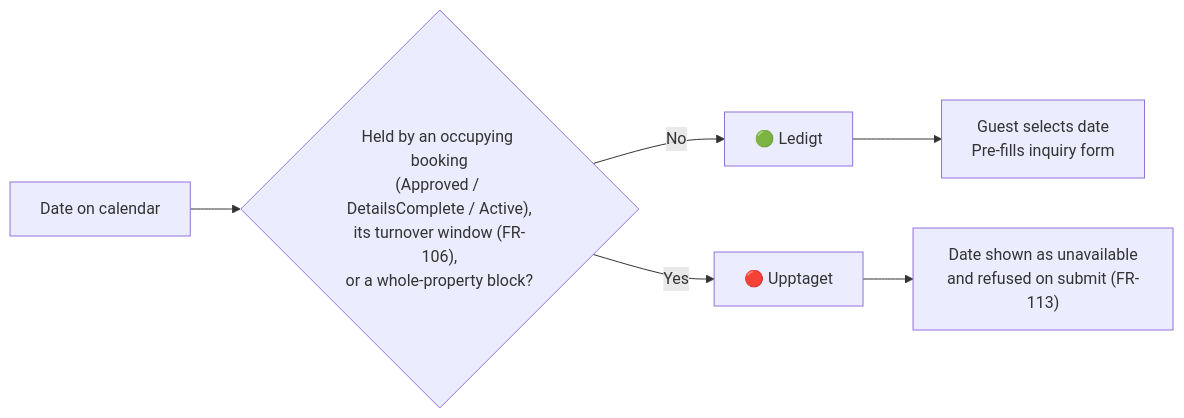
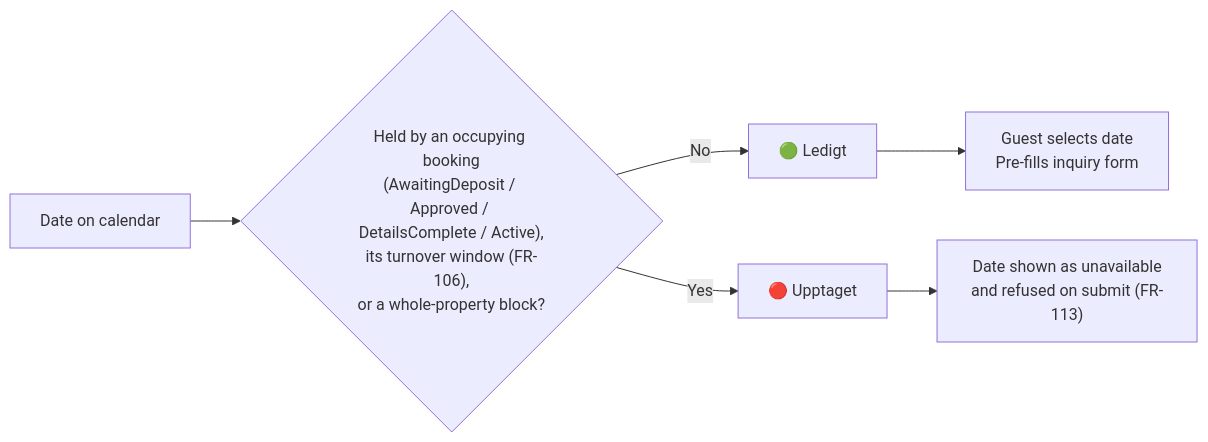
The third of 3 diagrams in docs/product/requirements.md (eliya-amanoeel/akerogarden), drawn with Mermaid before and after one commit. The commit also changed other lines of this file and 57 other files, not shown here.

````diff
--- a/docs/product/requirements.md
+++ b/docs/product/requirements.md
@@ -156,8 +173,8 @@
 ```mermaid
 flowchart LR
-    A[Date on calendar] --> B{"Held by an occupying booking\n(Approved / DetailsComplete / Active),\nits turnover window (FR-106),\nor a whole-property block?"}
+    A[Date on calendar] --> B{"Held by an occupying booking\n(AwaitingDeposit / Approved / DetailsComplete / Active),\nits turnover window (FR-106),\nor a whole-property block?"}
     B -->|"No"| C["🟢 Ledigt"]
     B -->|"Yes"| E["🔴 Upptaget"]
     C --> F["Guest selects date\nPre-fills inquiry form"]
     E --> G["Date shown as unavailable\nand refused on submit (FR-113)"]
 ```
````
